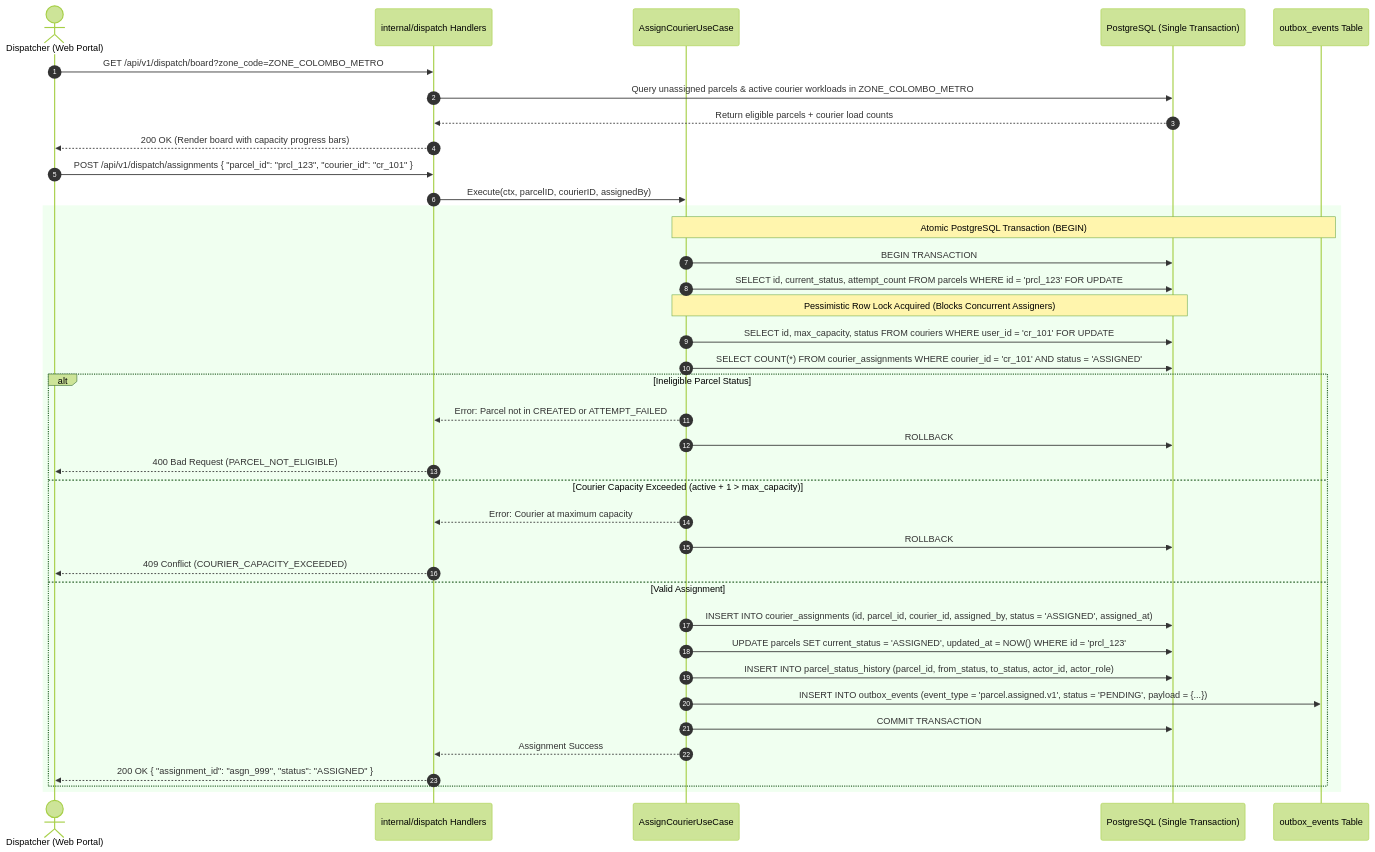
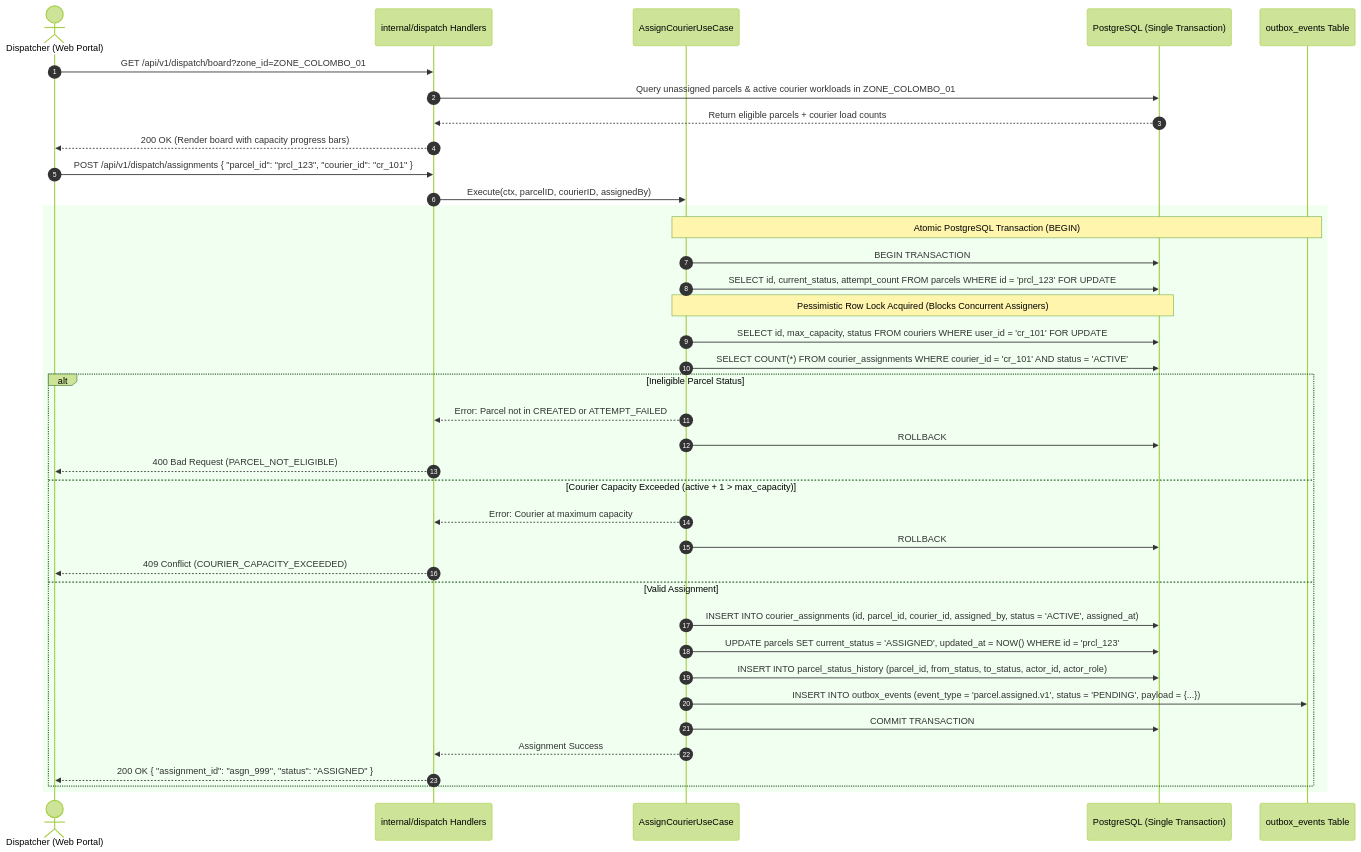
One commit to phantomTroupeEAD/SwiftDrop changed the third of 6 diagrams in docs/drafts/member-03-dispatch-delivery/doc-02-functional-flows-and-business-rules.md. Above: the diagram before and after it, drawn with Mermaid (forest theme). The commit also changed other lines of this file and 11 other files, not shown here.

````diff
--- a/docs/drafts/member-03-dispatch-delivery/doc-02-functional-flows-and-business-rules.md
+++ b/docs/drafts/member-03-dispatch-delivery/doc-02-functional-flows-and-business-rules.md
@@ -118,45 +118,45 @@
 ```mermaid
 sequenceDiagram
     autonumber
     actor Dispatcher as Dispatcher (Web Portal)
     participant DispatchAPI as internal/dispatch Handlers
     participant UseCase as AssignCourierUseCase
     participant DB as PostgreSQL (Single Transaction)
     participant Outbox as outbox_events Table
 
-    Dispatcher->>DispatchAPI: GET /api/v1/dispatch/board?zone_code=ZONE_COLOMBO_METRO
-    DispatchAPI->>DB: Query unassigned parcels & active courier workloads in ZONE_COLOMBO_METRO
+    Dispatcher->>DispatchAPI: GET /api/v1/dispatch/board?zone_id=ZONE_COLOMBO_01
+    DispatchAPI->>DB: Query unassigned parcels & active courier workloads in ZONE_COLOMBO_01
     DB-->>DispatchAPI: Return eligible parcels + courier load counts
     DispatchAPI-->>Dispatcher: 200 OK (Render board with capacity progress bars)
 
     Dispatcher->>DispatchAPI: POST /api/v1/dispatch/assignments { "parcel_id": "prcl_123", "courier_id": "cr_101" }
     DispatchAPI->>UseCase: Execute(ctx, parcelID, courierID, assignedBy)
 
     rect rgb(240, 255, 240)
     Note over UseCase,Outbox: Atomic PostgreSQL Transaction (BEGIN)
     UseCase->>DB: BEGIN TRANSACTION
     UseCase->>DB: SELECT id, current_status, attempt_count FROM parcels WHERE id = 'prcl_123' FOR UPDATE
     Note over UseCase,DB: Pessimistic Row Lock Acquired (Blocks Concurrent Assigners)
     
     UseCase->>DB: SELECT id, max_capacity, status FROM couriers WHERE user_id = 'cr_101' FOR UPDATE
-    UseCase->>DB: SELECT COUNT(*) FROM courier_assignments WHERE courier_id = 'cr_101' AND status = 'ASSIGNED'
+    UseCase->>DB: SELECT COUNT(*) FROM courier_assignments WHERE courier_id = 'cr_101' AND status = 'ACTIVE'
     
     alt Ineligible Parcel Status
         UseCase-->>DispatchAPI: Error: Parcel not in CREATED or ATTEMPT_FAILED
         UseCase->>DB: ROLLBACK
         DispatchAPI-->>Dispatcher: 400 Bad Request (PARCEL_NOT_ELIGIBLE)
     else Courier Capacity Exceeded (active + 1 > max_capacity)
         UseCase-->>DispatchAPI: Error: Courier at maximum capacity
         UseCase->>DB: ROLLBACK
         DispatchAPI-->>Dispatcher: 409 Conflict (COURIER_CAPACITY_EXCEEDED)
     else Valid Assignment
-        UseCase->>DB: INSERT INTO courier_assignments (id, parcel_id, courier_id, assigned_by, status = 'ASSIGNED', assigned_at)
+        UseCase->>DB: INSERT INTO courier_assignments (id, parcel_id, courier_id, assigned_by, status = 'ACTIVE', assigned_at)
         UseCase->>DB: UPDATE parcels SET current_status = 'ASSIGNED', updated_at = NOW() WHERE id = 'prcl_123'
         UseCase->>DB: INSERT INTO parcel_status_history (parcel_id, from_status, to_status, actor_id, actor_role)
         UseCase->>Outbox: INSERT INTO outbox_events (event_type = 'parcel.assigned.v1', status = 'PENDING', payload = {...})
         UseCase->>DB: COMMIT TRANSACTION
         UseCase-->>DispatchAPI: Assignment Success
         DispatchAPI-->>Dispatcher: 200 OK { "assignment_id": "asgn_999", "status": "ASSIGNED" }
     end
     end
 ```
````
